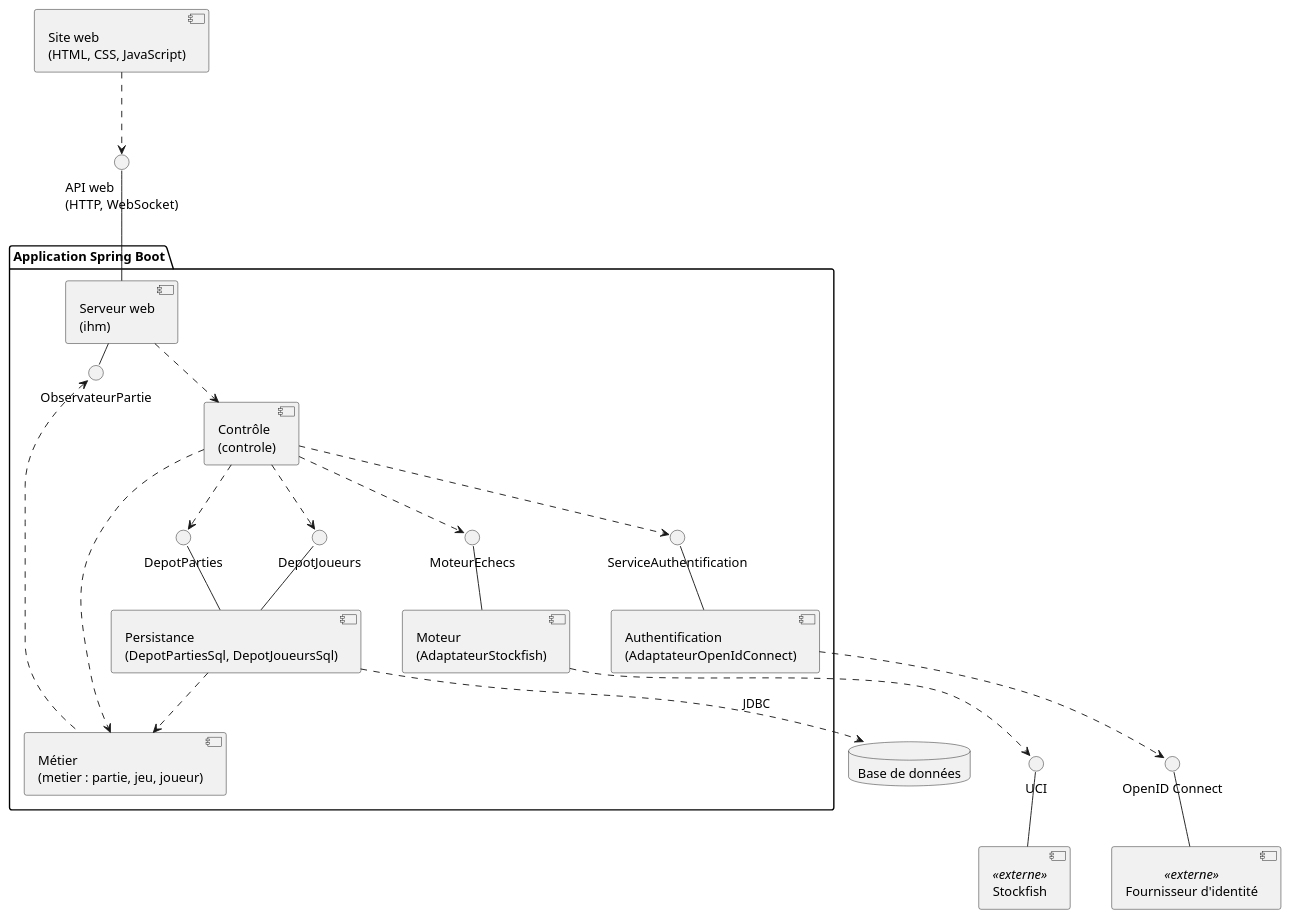
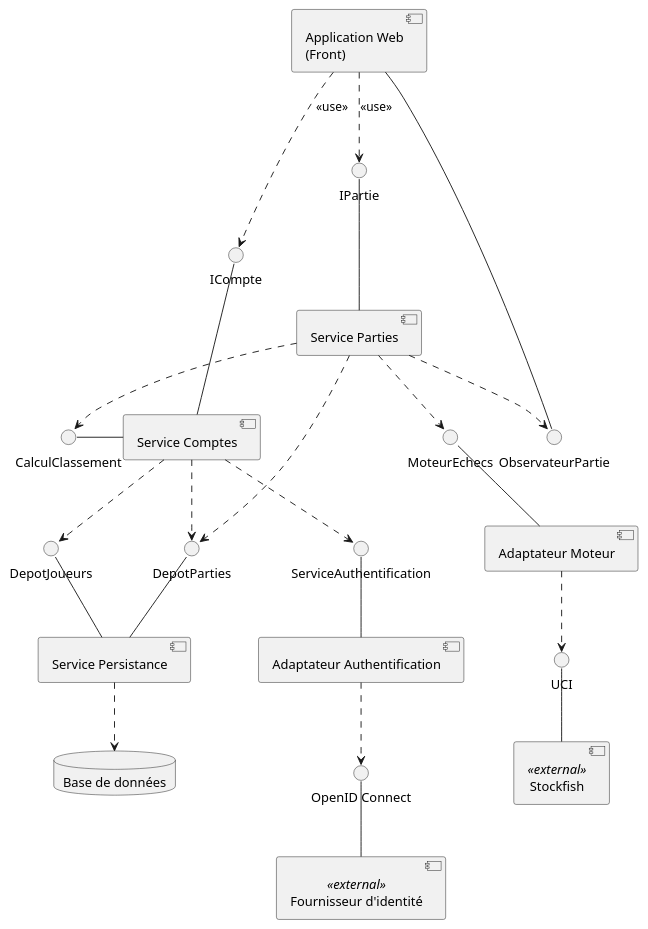
Before and after one commit to kevinBissouth/projet_echecs_tic315: the diagram in diagrams/composants-architecture.puml, drawn with PlantUML. The commit also changed 7 other files, not shown here.

Commit message:
docs: align architecture diagrams with the course figures

```diff
--- a/diagrams/composants-architecture.puml
+++ b/diagrams/composants-architecture.puml
@@ -1,67 +1,62 @@
 @startuml composants-architecture
-' Diagramme de composants (jalon J5) : les briques du système et leurs interfaces.
-' Chaque composant interne regroupe les classes d'un package de la conception
-' (packages-architecture.puml, classes-conception-*.puml).
+' Diagramme de composants (jalon J5), sur le modèle de la figure 12 du cours : des
+' services qui se décrivent par leurs interfaces.
 ' Interface fournie : trait plein vers l'interface. Interface requise : flèche
-' pointillée vers l'interface (cours, §2.4.1). Les interfaces nommées sont celles de
-' la conception : ce sont les points de remplacement du système.
-' Dans un même processus, Serveur web → Contrôle → Métier sont de simples
-' dépendances (flèche pointillée sans interface, permise par le cours) : ces
-' couches ne sont pas destinées à être remplacées.
-' Les composants « externes » ne sont pas développés par l'équipe.
+' pointillée vers l'interface. Les dépendances entre composants passent par des
+' interfaces, jamais par des classes internes (cours, §2.4.2).
+' ObservateurPartie est le patron Observateur demandé par le sujet : ce sont les écrans
+' des deux joueurs de la partie. Le système ne gère pas de spectateurs.
 
 skinparam componentStyle uml2
-skinparam nodesep 45
-skinparam ranksep 45
+skinparam nodesep 50
+skinparam ranksep 55
 
-component "Site web\n(HTML, CSS, JavaScript)" as Site
-interface "API web\n(HTTP, WebSocket)" as ApiWeb
+component "Application Web\n(Front)" as Front
+component "Service Parties" as ServiceParties
+component "Service Comptes" as ServiceComptes
+component "Adaptateur Moteur" as AdaptateurMoteur
+component "Adaptateur Authentification" as AdaptateurAuthentification
+component "Service Persistance" as Persistance
+component "Stockfish" <<external>> as Stockfish
+component "Fournisseur d'identité" <<external>> as Fournisseur
+database "Base de données" as Base
 
-package "Application Spring Boot" {
-  component "Serveur web\n(ihm)" as ServeurWeb
-  interface "ObservateurPartie" as IObservateur
-  component "Contrôle\n(controle)" as Controle
-  component "Métier\n(metier : partie, jeu, joueur)" as Metier
-
-  interface "MoteurEchecs" as IMoteur
-  interface "ServiceAuthentification" as IAuthentification
-  interface "DepotParties" as IDepotParties
-  interface "DepotJoueurs" as IDepotJoueurs
-
-  component "Moteur\n(AdaptateurStockfish)" as AdaptateurMoteur
-  component "Authentification\n(AdaptateurOpenIdConnect)" as AdaptateurAuthentification
-  component "Persistance\n(DepotPartiesSql, DepotJoueursSql)" as Persistance
-}
-
+interface "IPartie" as IPartie
+interface "ICompte" as ICompte
+interface "ObservateurPartie" as IObservateur
+interface "CalculClassement" as ICalcul
+interface "MoteurEchecs" as IMoteur
+interface "ServiceAuthentification" as IAuthentification
+interface "DepotParties" as IDepotParties
+interface "DepotJoueurs" as IDepotJoueurs
 interface "UCI" as Uci
 interface "OpenID Connect" as Oidc
-component "Stockfish" <<externe>> as Stockfish
-component "Fournisseur d'identité" <<externe>> as Fournisseur
-database "Base de données" as Base
 
-Site ..> ApiWeb
-ApiWeb -- ServeurWeb
+Front ..> IPartie : <<use>>
+Front ..> ICompte : <<use>>
+Front -right- IObservateur
+ServiceParties ..> IObservateur
 
-ServeurWeb ..> Controle
-Controle .right.> Metier
-ServeurWeb -right- IObservateur
-Metier .up.> IObservateur
+ServiceParties -up- IPartie
+ServiceComptes -up- ICompte
+ServiceComptes -left- ICalcul
+ServiceParties ..> ICalcul
 
-Controle ..> IMoteur
-Controle ..> IAuthentification
-Controle ..> IDepotParties
-Controle ..> IDepotJoueurs
+ServiceParties ..> IMoteur
+ServiceParties ..> IDepotParties
+ServiceComptes ..> IAuthentification
+ServiceComptes ..> IDepotJoueurs
+ServiceComptes ..> IDepotParties
 
-IMoteur -- AdaptateurMoteur
-IAuthentification -- AdaptateurAuthentification
-IDepotParties -- Persistance
-IDepotJoueurs -- Persistance
-Persistance ..> Metier
+AdaptateurMoteur -up- IMoteur
+AdaptateurAuthentification -up- IAuthentification
+Persistance -up- IDepotParties
+Persistance -up- IDepotJoueurs
 
 AdaptateurMoteur ..> Uci
-Uci -- Stockfish
+Stockfish -up- Uci
 AdaptateurAuthentification ..> Oidc
-Oidc -- Fournisseur
-Persistance ..> Base : JDBC
+Fournisseur -up- Oidc
+Persistance ..> Base
 
 @enduml
```
